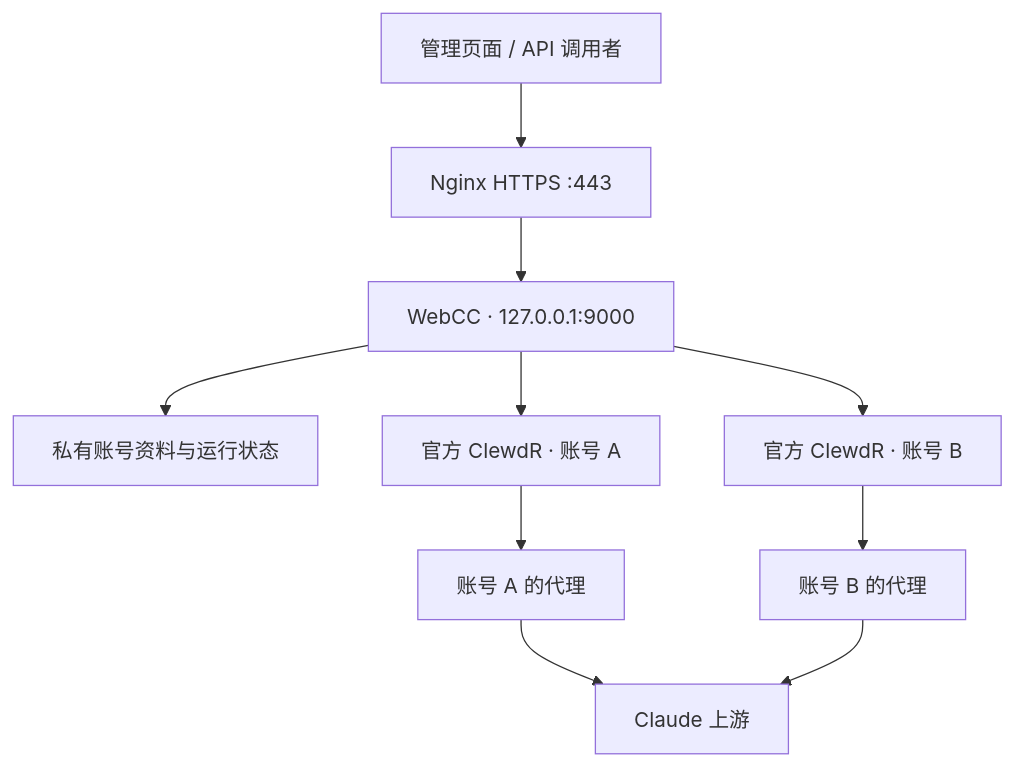
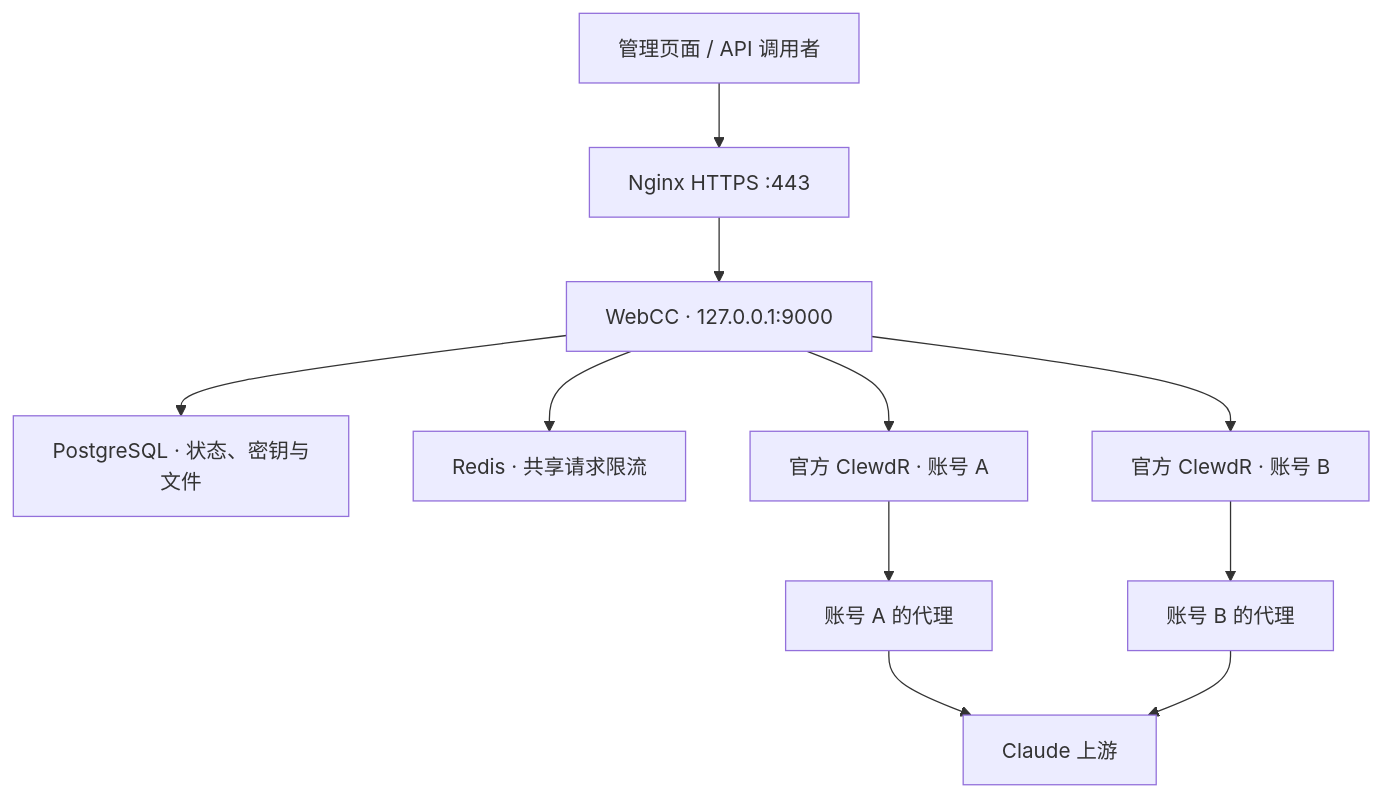
Before and after one commit to chenjz0008-afk/webcc: the diagram in README.md, drawn with Mermaid. The commit also changed other lines of this file and 105 other files, not shown here.

Commit message:
Add shared PostgreSQL state, Redis limits and verified tool extensions

````diff
--- a/README.md
+++ b/README.md
@@ -13,12 +13,13 @@
 ```mermaid
 flowchart TD
     Browser[管理页面 / API 调用者] --> Nginx[Nginx HTTPS :443]
     Nginx --> Manager[WebCC · 127.0.0.1:9000]
-    Manager --> Store[私有账号资料与运行状态]
+    Manager --> Store[PostgreSQL · 状态、密钥与文件]
+    Manager --> Limits[Redis · 共享请求限流]
     Manager --> WorkerA[官方 ClewdR · 账号 A]
     Manager --> WorkerB[官方 ClewdR · 账号 B]
     WorkerA --> ProxyA[账号 A 的代理]
     WorkerB --> ProxyB[账号 B 的代理]
     ProxyA --> Claude[Claude 上游]
     ProxyB --> Claude
 ```
````
